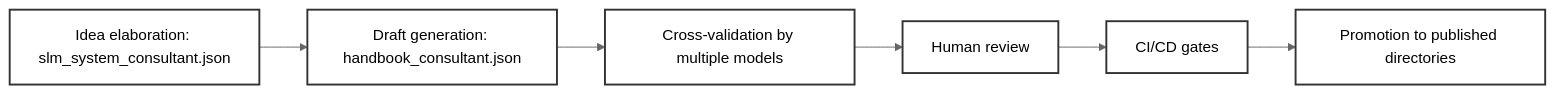
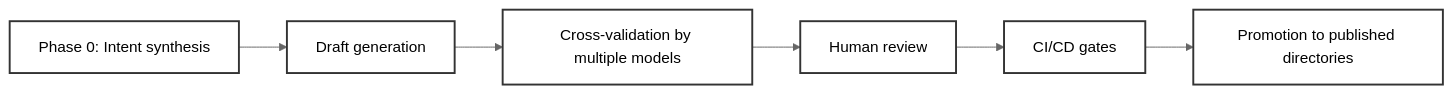
Before and after one commit to soviar-systems/ai_engineering_handbook: the diagram in README.md, drawn with Mermaid (neutral theme). The commit also changed other lines of this file and 3 other files, not shown here.

````diff
--- a/README.md
+++ b/README.md
@@ -84,15 +94,15 @@
 ```mermaid
 graph LR
-B[Idea elaboration: slm_system_consultant.json] --> C[Draft generation: handbook_consultant.json]
-C --> D[Cross-validation by multiple models]
-D --> E[Human review]
-E --> F[CI/CD gates]
-F --> G[Promotion to published directories]
+A[Phase 0: Intent synthesis] --> B[Draft generation]
+B --> C[Cross-validation by multiple models]
+C --> D[Human review]
+D --> E[CI/CD gates]
+E --> F[Promotion to published directories]
 
+style A fill:#fff,stroke:#333,stroke-width:2px
 style B fill:#fff,stroke:#333,stroke-width:2px
 style C fill:#fff,stroke:#333,stroke-width:2px
 style D fill:#fff,stroke:#333,stroke-width:2px
 style E fill:#fff,stroke:#333,stroke-width:2px
 style F fill:#fff,stroke:#333,stroke-width:2px
-style G fill:#fff,stroke:#333,stroke-width:2px
 ```
````
